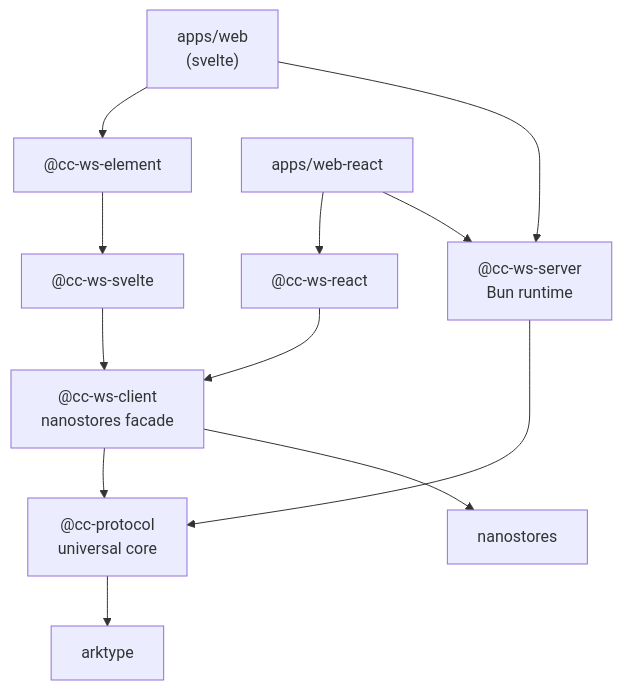
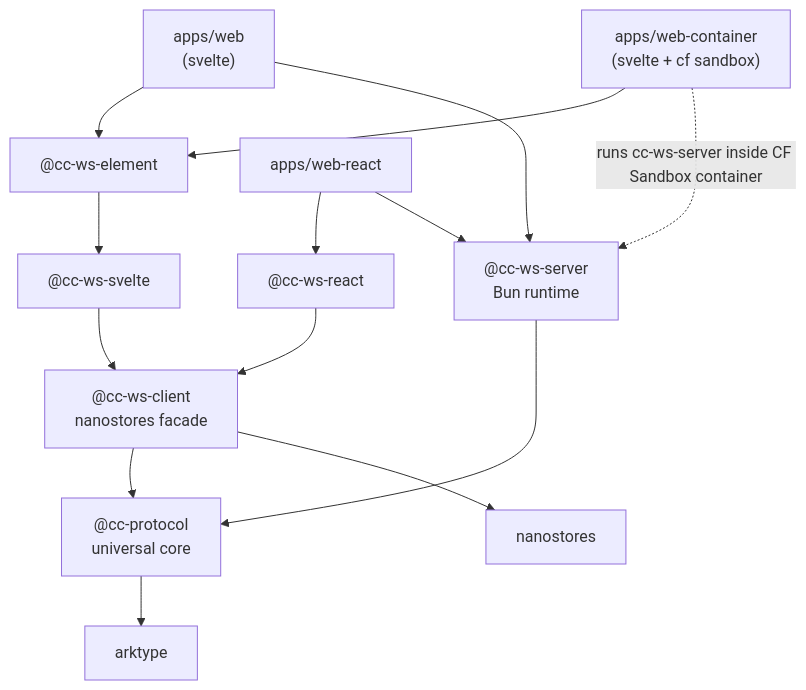
The second of 4 diagrams in README.md (apostolos-geyer/cc-ws-web), drawn with Mermaid before and after one commit. The commit also changed other lines of this file and 22 other files, not shown here.

````diff
--- a/README.md
+++ b/README.md
@@ -73,25 +74,28 @@
 ```mermaid
 flowchart TB
     cc-protocol["@cc-protocol<br/>universal core"]
     cc-ws-server["@cc-ws-server<br/>Bun runtime"]
     cc-ws-client["@cc-ws-client<br/>nanostores facade"]
     cc-ws-react["@cc-ws-react"]
     cc-ws-svelte["@cc-ws-svelte"]
     cc-ws-element["@cc-ws-element"]
     apps-web["apps/web<br/>(svelte)"]
     apps-web-react["apps/web-react"]
+    apps-web-container["apps/web-container<br/>(svelte + cf sandbox)"]
     arktype["arktype"]
     nanostores["nanostores"]
 
     cc-protocol --> arktype
     cc-ws-client --> cc-protocol
     cc-ws-client --> nanostores
     cc-ws-server --> cc-protocol
     cc-ws-react --> cc-ws-client
     cc-ws-svelte --> cc-ws-client
     cc-ws-element --> cc-ws-svelte
     apps-web --> cc-ws-element
     apps-web --> cc-ws-server
     apps-web-react --> cc-ws-react
     apps-web-react --> cc-ws-server
+    apps-web-container --> cc-ws-element
+    apps-web-container -. "runs cc-ws-server inside CF Sandbox container" .-> cc-ws-server
 ```
````
